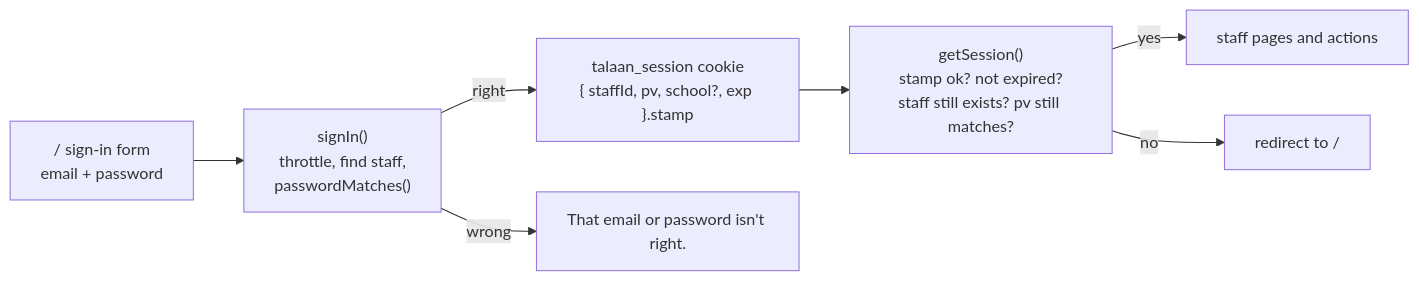
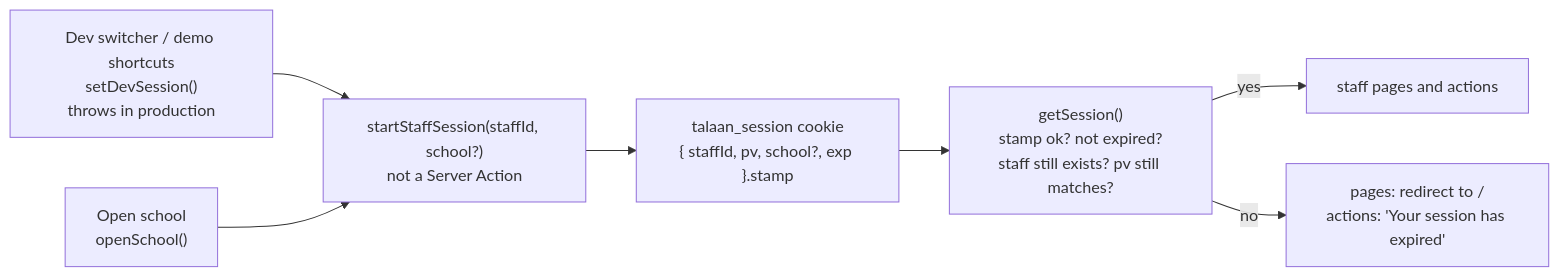
The diagram in docs/backend/step-50-staff-sign-in.md (psmacabulos/talaan), drawn with Mermaid before and after one commit. The commit also changed other lines of this file and 54 other files, not shown here.

Commit message:
feat(auth): signed staff session cookie, and signed out by default

````diff
--- a/docs/backend/step-50-staff-sign-in.md
+++ b/docs/backend/step-50-staff-sign-in.md
@@ -15,9 +13,9 @@
 ```mermaid
 flowchart LR
-    Form["/ sign-in form<br/>email + password"] --> Action["signIn()<br/>throttle, find staff,<br/>passwordMatches()"]
-    Action -->|right| Cookie["talaan_session cookie<br/>{ staffId, pv, school?, exp }.stamp"]
-    Action -->|wrong| Error["That email or password isn't right."]
+    Dev["Dev switcher / demo shortcuts<br/>setDevSession()<br/>throws in production"] --> Start
+    Open["Open school<br/>openSchool()"] --> Start
+    Start["startStaffSession(staffId, school?)<br/>not a Server Action"] --> Cookie["talaan_session cookie<br/>{ staffId, pv, school?, exp }.stamp"]
     Cookie --> Get["getSession()<br/>stamp ok? not expired?<br/>staff still exists? pv still matches?"]
     Get -->|yes| Pages["staff pages and actions"]
-    Get -->|no| Login["redirect to /"]
+    Get -->|no| Login["pages: redirect to /<br/>actions: 'Your session has expired'"]
 ```
````
